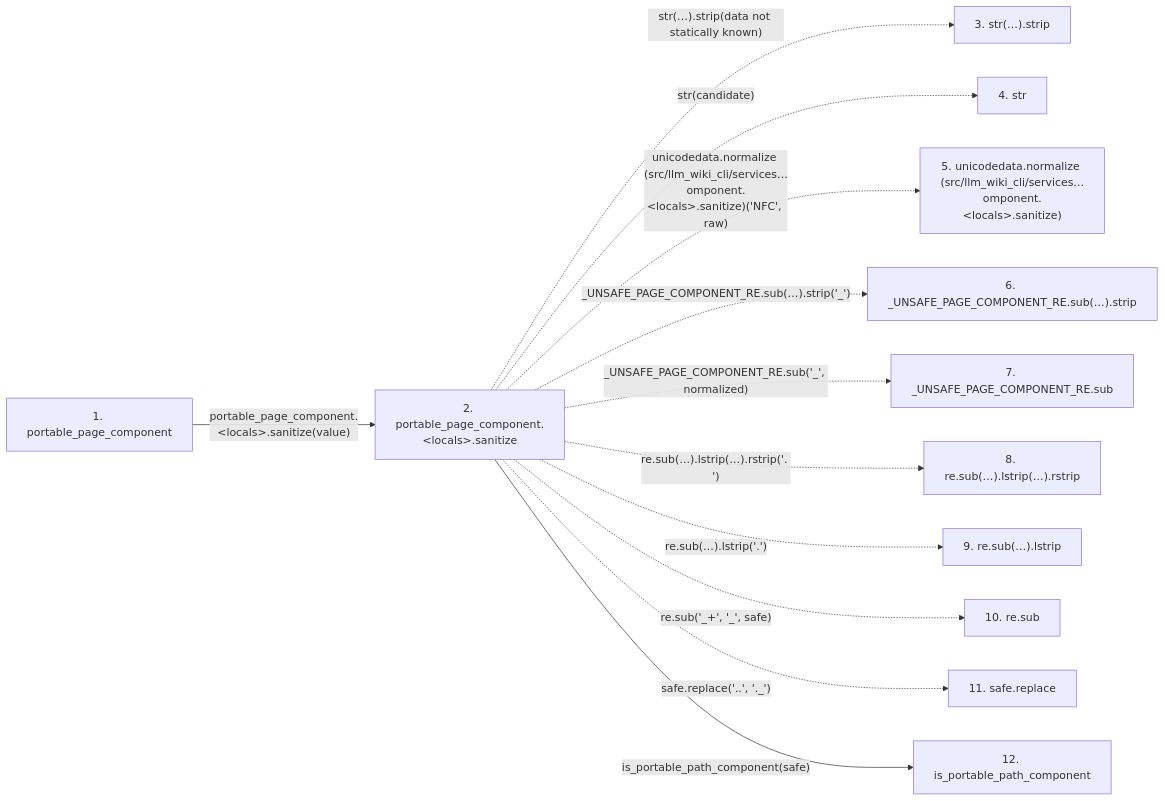
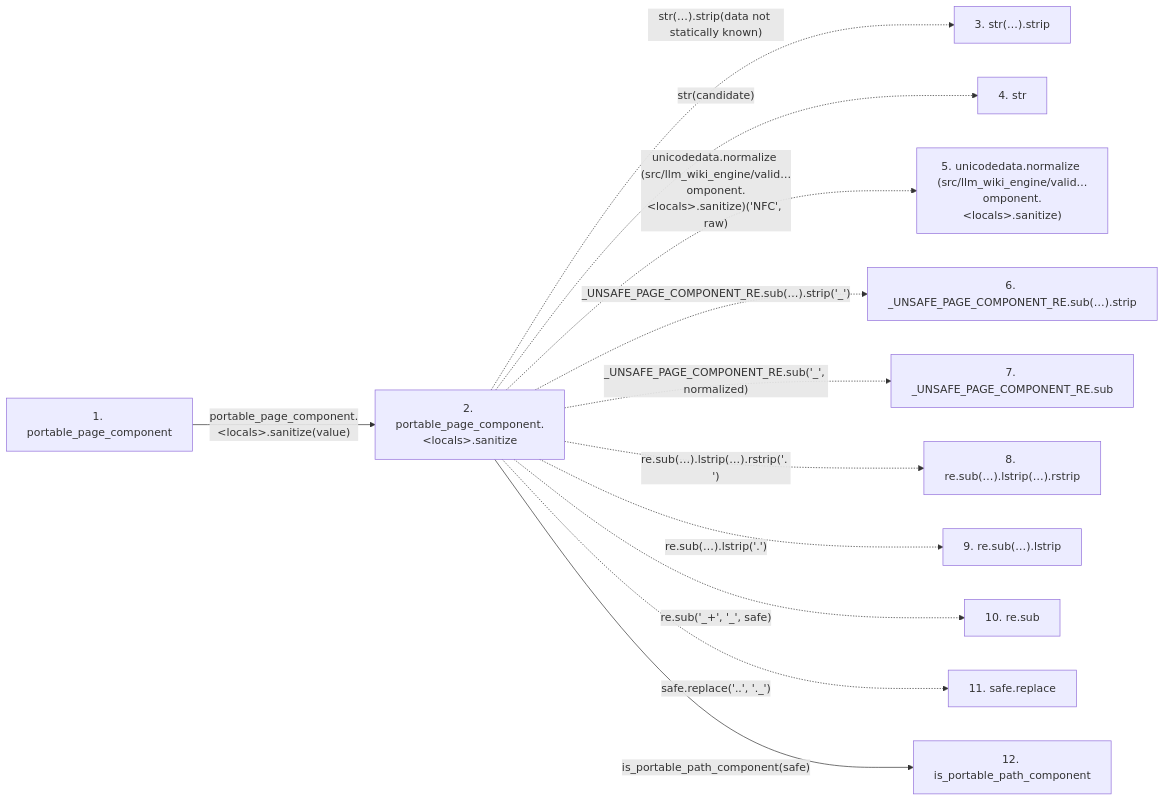
Before and after one commit to Denissvgn/python-wiki-llm: the second of 2 diagrams in docs/llm_wiki/flows/api-portable_page_component.md, drawn with Mermaid. The commit also changed other lines of this file and 1103 other files, not shown here.

First line of the commit message:
docs: refresh the wiki for the llm-wiki-engine distribution

````diff
--- a/docs/llm_wiki/flows/api-portable_page_component.md
+++ b/docs/llm_wiki/flows/api-portable_page_component.md
@@ -100,29 +100,29 @@
 ```mermaid
 flowchart LR
     s1["1. portable_page_component"]
     s2["2. portable_page_component.#60;locals#62;.sanitize"]
     s3["3. str(…).strip"]
     s4["4. str"]
-    s5["5. unicodedata.normalize (src/llm_wiki_cli/services…omponent.#60;locals#62;.sanitize)"]
+    s5["5. unicodedata.normalize (src/llm_wiki_engine/valid…omponent.#60;locals#62;.sanitize)"]
     s6["6. _UNSAFE_PAGE_COMPONENT_RE.sub(…).strip"]
     s7["7. _UNSAFE_PAGE_COMPONENT_RE.sub"]
     s8["8. re.sub(…).lstrip(…).rstrip"]
     s9["9. re.sub(…).lstrip"]
     s10["10. re.sub"]
     s11["11. safe.replace"]
     s12["12. is_portable_path_component"]
     s1 -->|"portable_page_component.#60;locals#62;.sanitize(value)"| s2
     s2 -. "str(…).strip(data not statically known)" .-> s3
     s2 -. "str(candidate)" .-> s4
-    s2 -. "unicodedata.normalize (src/llm_wiki_cli/services…omponent.#60;locals#62;.sanitize)('NFC', raw)" .-> s5
+    s2 -. "unicodedata.normalize (src/llm_wiki_engine/valid…omponent.#60;locals#62;.sanitize)('NFC', raw)" .-> s5
     s2 -. "_UNSAFE_PAGE_COMPONENT_RE.sub(…).strip('_')" .-> s6
     s2 -. "_UNSAFE_PAGE_COMPONENT_RE.sub('_', normalized)" .-> s7
     s2 -. "re.sub(…).lstrip(…).rstrip('. ')" .-> s8
     s2 -. "re.sub(…).lstrip('.')" .-> s9
     s2 -. "re.sub('_+', '_', safe)" .-> s10
     s2 -. "safe.replace('..', '._')" .-> s11
     s2 -->|"is_portable_path_component(safe)"| s12
     click s1 "../modules/validation.md"
     click s2 "../modules/validation.md"
     click s12 "../modules/validation.md"
 ```
````
